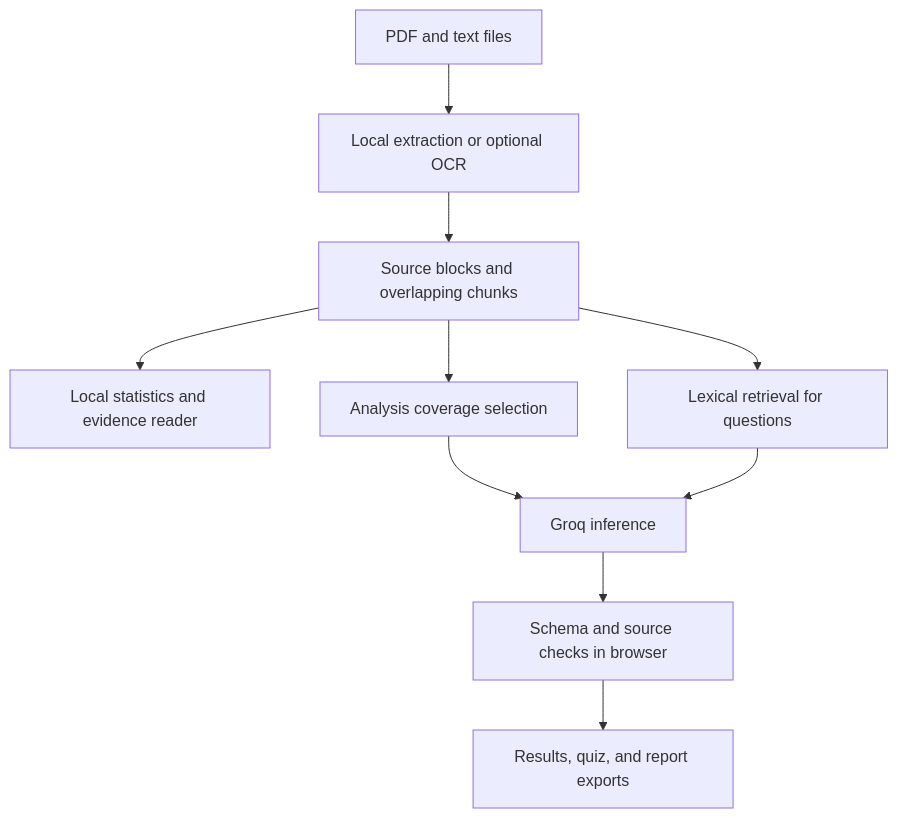
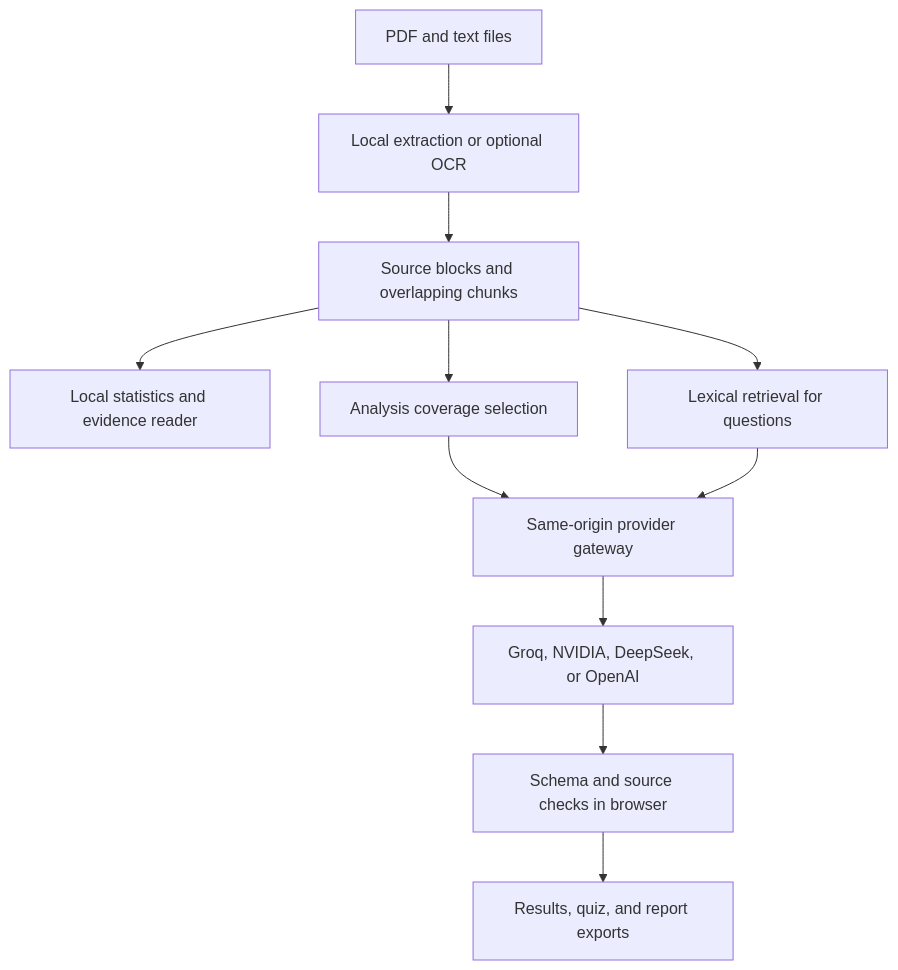
Before and after one commit to Adii2556/miniproject2: the diagram in README.md, drawn with Mermaid. The commit also changed other lines of this file and 23 other files, not shown here.

````diff
--- a/README.md
+++ b/README.md
@@ -100,12 +105,13 @@
 ```mermaid
 flowchart TD
     F[PDF and text files] --> E[Local extraction or optional OCR]
     E --> S[Source blocks and overlapping chunks]
     S --> L[Local statistics and evidence reader]
     S --> A[Analysis coverage selection]
     S --> R[Lexical retrieval for questions]
-    A --> G[Groq inference]
+    A --> G[Same-origin provider gateway]
     R --> G
-    G --> V[Schema and source checks in browser]
+    G --> P[Groq, NVIDIA, DeepSeek, or OpenAI]
+    P --> V[Schema and source checks in browser]
     V --> O[Results, quiz, and report exports]
 ```
````
